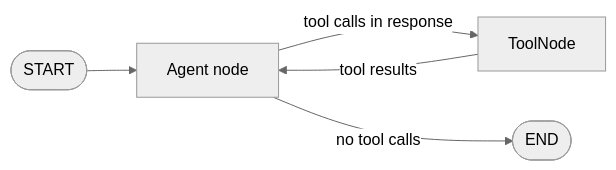
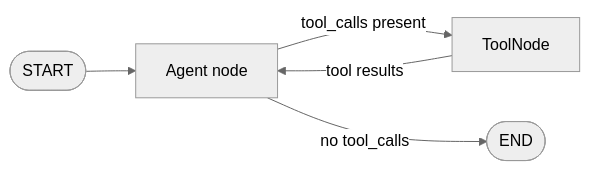
The diagram in docs/concepts/agents-and-tools.md (10xHub/agentflow-docs), drawn with Mermaid (neutral theme) before and after one commit. The commit also changed other lines of this file and 8 other files, not shown here.

````diff
--- a/docs/concepts/agents-and-tools.md
+++ b/docs/concepts/agents-and-tools.md
@@ -81,7 +298,7 @@
 ```mermaid
 flowchart LR
   Start([START]) --> MAIN[Agent node]
-  MAIN -->|tool calls in response| TOOL[ToolNode]
+  MAIN -->|tool_calls present| TOOL[ToolNode]
   TOOL -->|tool results| MAIN
-  MAIN -->|no tool calls| End([END])
+  MAIN -->|no tool_calls| End([END])
 ```
````
